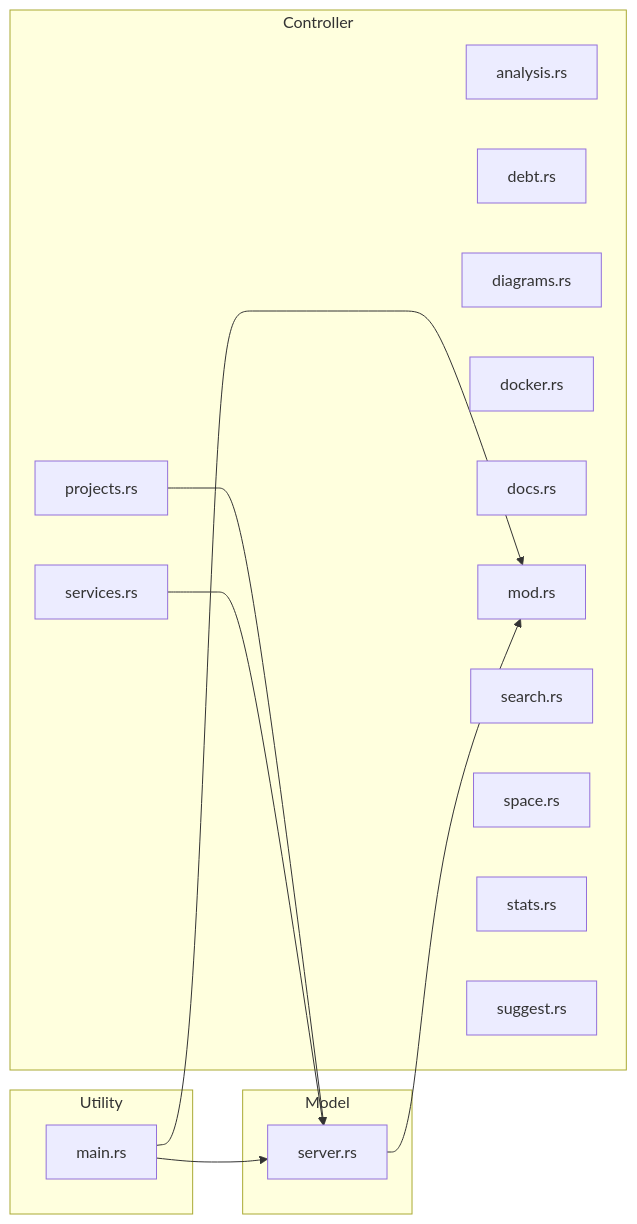
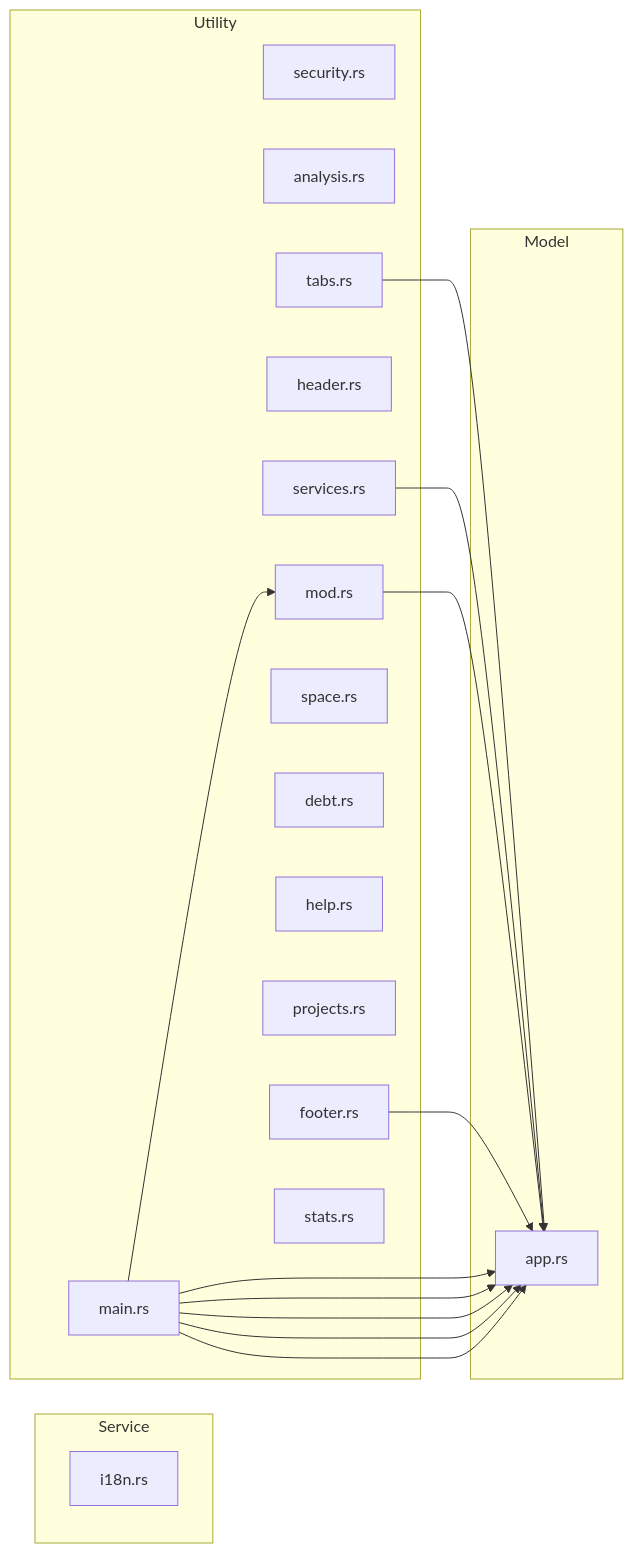
The fourth of 8 diagrams in void-stack-analysis.md (Mague/void-stack), drawn with Mermaid before and after one commit. The commit also changed other lines of this file and 15 other files, not shown here.

````diff
--- a/void-stack-analysis.md
+++ b/void-stack-analysis.md
@@ -1590,28 +915,34 @@
 ```mermaid
 graph LR
-    subgraph controller ["Controller"]
-        src_tools_analysis_rs["analysis.rs"]
-        src_tools_debt_rs["debt.rs"]
-        src_tools_diagrams_rs["diagrams.rs"]
-        src_tools_docker_rs["docker.rs"]
-        src_tools_docs_rs["docs.rs"]
-        src_tools_mod_rs["mod.rs"]
-        src_tools_projects_rs["projects.rs"]
-        src_tools_search_rs["search.rs"]
-        src_tools_services_rs["services.rs"]
-        src_tools_space_rs["space.rs"]
-        src_tools_stats_rs["stats.rs"]
-        src_tools_suggest_rs["suggest.rs"]
+    subgraph service ["Service"]
+        src_i18n_rs["i18n.rs"]
     end
     subgraph model ["Model"]
-        src_server_rs["server.rs"]
+        src_app_rs["app.rs"]
     end
     subgraph utility ["Utility"]
+        src_ui_security_rs["security.rs"]
+        src_ui_analysis_rs["analysis.rs"]
+        src_ui_tabs_rs["tabs.rs"]
+        src_ui_header_rs["header.rs"]
+        src_ui_services_rs["services.rs"]
+        src_ui_mod_rs["mod.rs"]
+        src_ui_space_rs["space.rs"]
+        src_ui_debt_rs["debt.rs"]
+        src_ui_help_rs["help.rs"]
+        src_ui_projects_rs["projects.rs"]
+        src_ui_footer_rs["footer.rs"]
+        src_ui_stats_rs["stats.rs"]
         src_main_rs["main.rs"]
     end
-    src_main_rs --> src_tools_mod_rs
-    src_main_rs --> src_server_rs
-    src_server_rs --> src_tools_mod_rs
-    src_tools_projects_rs --> src_server_rs
-    src_tools_services_rs --> src_server_rs
+    src_ui_tabs_rs --> src_app_rs
+    src_ui_services_rs --> src_app_rs
+    src_ui_mod_rs --> src_app_rs
+    src_ui_footer_rs --> src_app_rs
+    src_main_rs --> src_ui_mod_rs
+    src_main_rs --> src_app_rs
+    src_main_rs --> src_app_rs
+    src_main_rs --> src_app_rs
+    src_main_rs --> src_app_rs
+    src_main_rs --> src_app_rs
 ```
````
